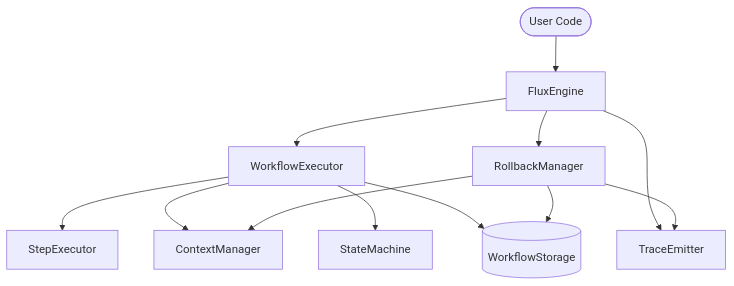
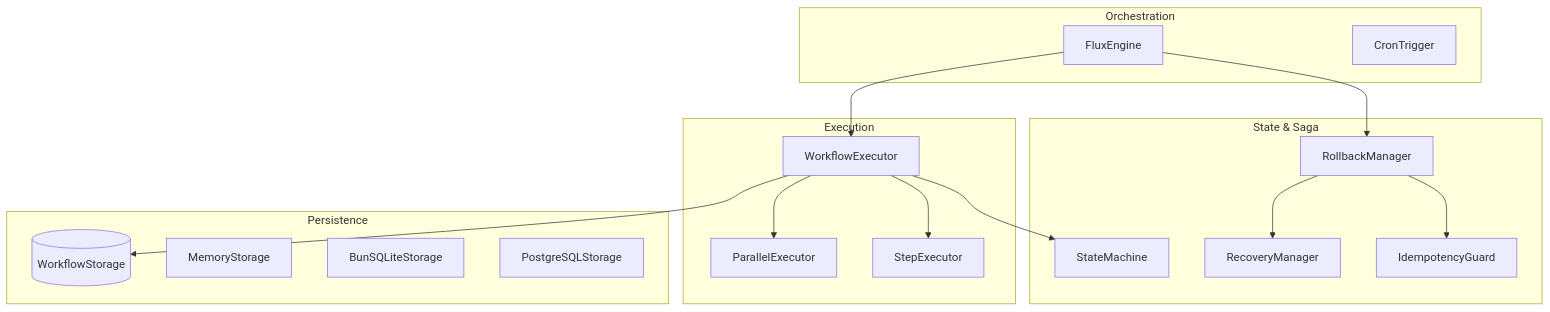
One commit to CarlLee1983/gravito changed the first of 2 diagrams in packages/flux/docs/ARCHITECTURE.md. Above: the diagram before and after it, drawn with Mermaid. The commit also changed other lines of this file and 1 other file, not shown here.

First line of the commit message:
docs(flux): update architecture docs to v3.0.0 reflecting implemented features

````diff
--- a/packages/flux/docs/ARCHITECTURE.md
+++ b/packages/flux/docs/ARCHITECTURE.md
@@ -11,14 +16,36 @@
 ```mermaid
 graph TD
-    User([User Code]) --> FluxEngine
+    subgraph "Orchestration"
+        FluxEngine[FluxEngine]
+        CronTrigger[CronTrigger]
+    end
+
+    subgraph "Execution"
+        WorkflowExecutor[WorkflowExecutor]
+        ParallelExecutor[ParallelExecutor]
+        StepExecutor[StepExecutor]
+    end
+
+    subgraph "State & Saga"
+        StateMachine[StateMachine]
+        RollbackManager[RollbackManager]
+        RecoveryManager[RecoveryManager]
+        IdempotencyGuard[IdempotencyGuard]
+    end
+
+    subgraph "Persistence"
+        Storage[(WorkflowStorage)]
+        MemoryStorage[MemoryStorage]
+        SQLiteStorage[BunSQLiteStorage]
+        PostgreSQL[PostgreSQLStorage]
+    end
+
     FluxEngine --> WorkflowExecutor
     FluxEngine --> RollbackManager
-    FluxEngine --> TraceEmitter
+    WorkflowExecutor --> ParallelExecutor
     WorkflowExecutor --> StepExecutor
-    WorkflowExecutor --> ContextManager
     WorkflowExecutor --> StateMachine
-    RollbackManager --> ContextManager
-    RollbackManager --> TraceEmitter
-    WorkflowExecutor --> WorkflowStorage[(WorkflowStorage)]
-    RollbackManager --> WorkflowStorage
+    RollbackManager --> RecoveryManager
+    RollbackManager --> IdempotencyGuard
+    WorkflowExecutor --> Storage
 ```
````
